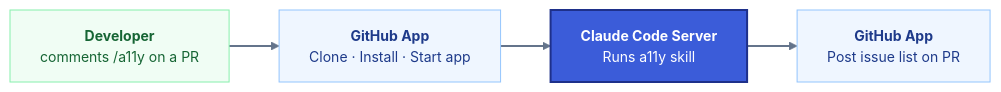
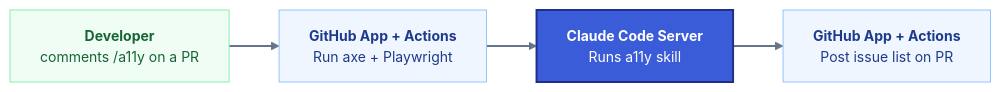
Before and after one commit to diegovelasquezweb/github-app: the first of 2 diagrams in README.md, drawn with Mermaid. The commit also changed other lines of this file, not shown here.

````diff
--- a/README.md
+++ b/README.md
@@ -46,20 +48,20 @@
 ```mermaid
 %%{init: { 'theme': 'base', 'themeVariables': { 'primaryColor': '#3b5cd9', 'primaryTextColor': '#1e293b', 'primaryBorderColor': '#1e308a', 'lineColor': '#64748b', 'secondaryColor': '#f1f5f9', 'tertiaryColor': '#fff', 'mainBkg': '#fff', 'nodeBorder': '#e2e8f0', 'clusterBkg': '#f8fafc', 'clusterBorder': '#cbd5e1' } } }%%
 flowchart LR
     A["<b>Developer</b><br/>comments /a11y on a PR"]
-    B["<b>GitHub App</b><br/>Clone · Install · Start app"]
+    B["<b>GitHub App + Actions</b><br/>Run axe + Playwright"]
     C["<b>Claude Code Server</b><br/>Runs a11y skill"]
-    D["<b>GitHub App</b><br/>Post issue list on PR"]
+    D["<b>GitHub App + Actions</b><br/>Post issue list on PR"]
 
     A --> B --> C --> D
 
     linkStyle default stroke:#64748b,stroke-width:2px;
     classDef default font-family:Inter,sans-serif,font-size:14px,min-width:200px;
     classDef dev fill:#f0fdf4,stroke:#86efac,color:#166534;
     classDef app fill:#eff6ff,stroke:#93c5fd,color:#1e3a8a;
     classDef srv fill:#3b5cd9,color:#fff,stroke:#1e308a,stroke-width:2px;
 
     class A dev;
     class B,D app;
     class C srv;
 ```
````
